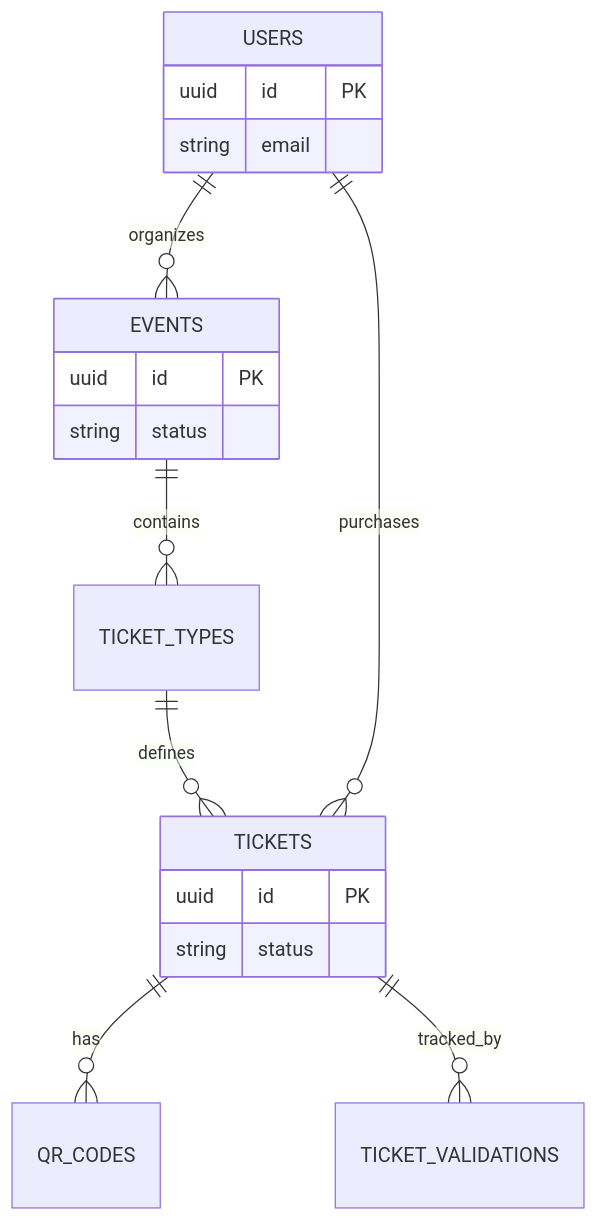
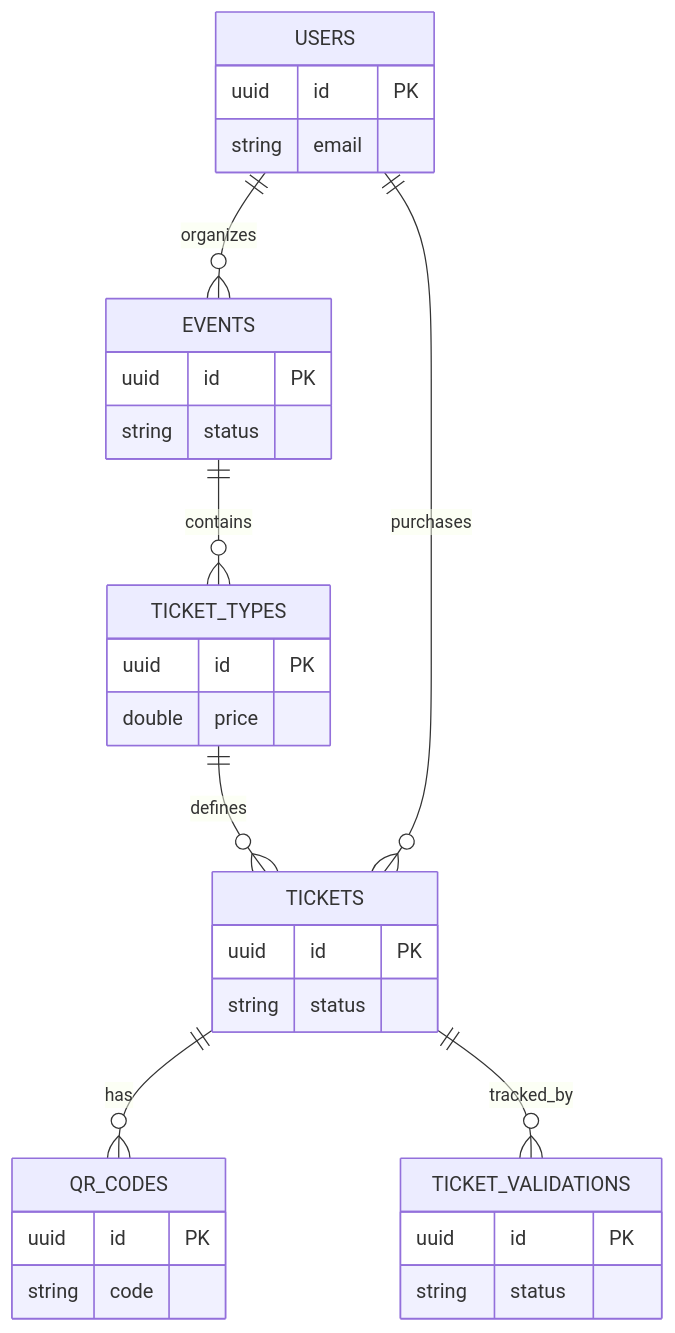
Before and after one commit to himanshugupta91/TicketForge-Event-Ticket-Platform: the fifth of 5 diagrams in README.md, drawn with Mermaid. The commit also changed other lines of this file and 2 other files, not shown here.

Commit message:
docs: restructure README, fix diagrams, and migrate image assets

````diff
--- a/README.md
+++ b/README.md
@@ -224,22 +186,34 @@
 ```mermaid
 erDiagram
     USERS ||--o{ EVENTS : organizes
     EVENTS ||--o{ TICKET_TYPES : contains
     TICKET_TYPES ||--o{ TICKETS : defines
     USERS ||--o{ TICKETS : purchases
     TICKETS ||--o{ QR_CODES : has
     TICKETS ||--o{ TICKET_VALIDATIONS : tracked_by
 
     USERS {
         uuid id PK
         string email
     }
     EVENTS {
         uuid id PK
         string status
     }
     TICKETS {
         uuid id PK
         string status
     }
+    TICKET_TYPES {
+        uuid id PK
+        double price
+    }
+    QR_CODES {
+        uuid id PK
+        string code
+    }
+    TICKET_VALIDATIONS {
+        uuid id PK
+        string status
+    }
 ```
````
